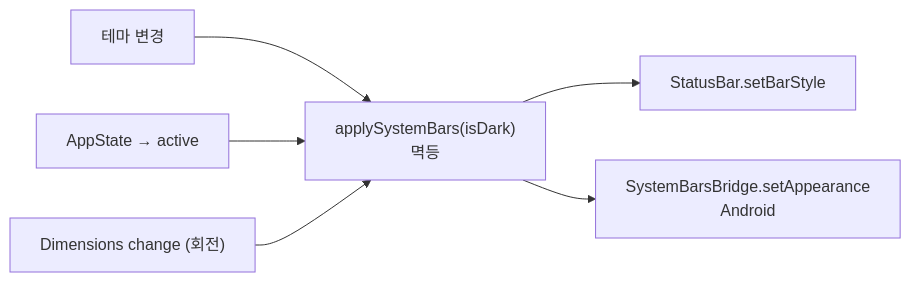
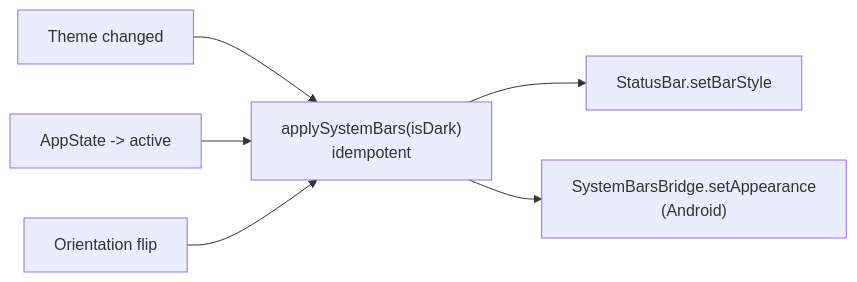
One commit to lemoncloud-io/dou-app changed the second of 2 diagrams in apps/mobile/docs/theme.md. Above: the diagram before and after it, drawn with Mermaid. The commit also changed other lines of this file, not shown here.

First line of the commit message:
docs(mobile): rewrite the theme doc in english

````diff
--- a/apps/mobile/docs/theme.md
+++ b/apps/mobile/docs/theme.md
@@ -128,8 +139,8 @@
 ```mermaid
 flowchart LR
-    T1[테마 변경] --> Apply
-    T2["AppState → active"] --> Apply
-    T3["Dimensions change (회전)"] --> Apply
-    Apply["applySystemBars(isDark)<br/>멱등"] --> SB[StatusBar.setBarStyle]
-    Apply --> AND[SystemBarsBridge.setAppearance<br/>Android]
+    T1[Theme changed] --> Apply
+    T2["AppState -> active"] --> Apply
+    T3["Orientation flip"] --> Apply
+    Apply["applySystemBars(isDark)<br/>idempotent"] --> SB[StatusBar.setBarStyle]
+    Apply --> AND["SystemBarsBridge.setAppearance<br/>(Android)"]
 ```
````
